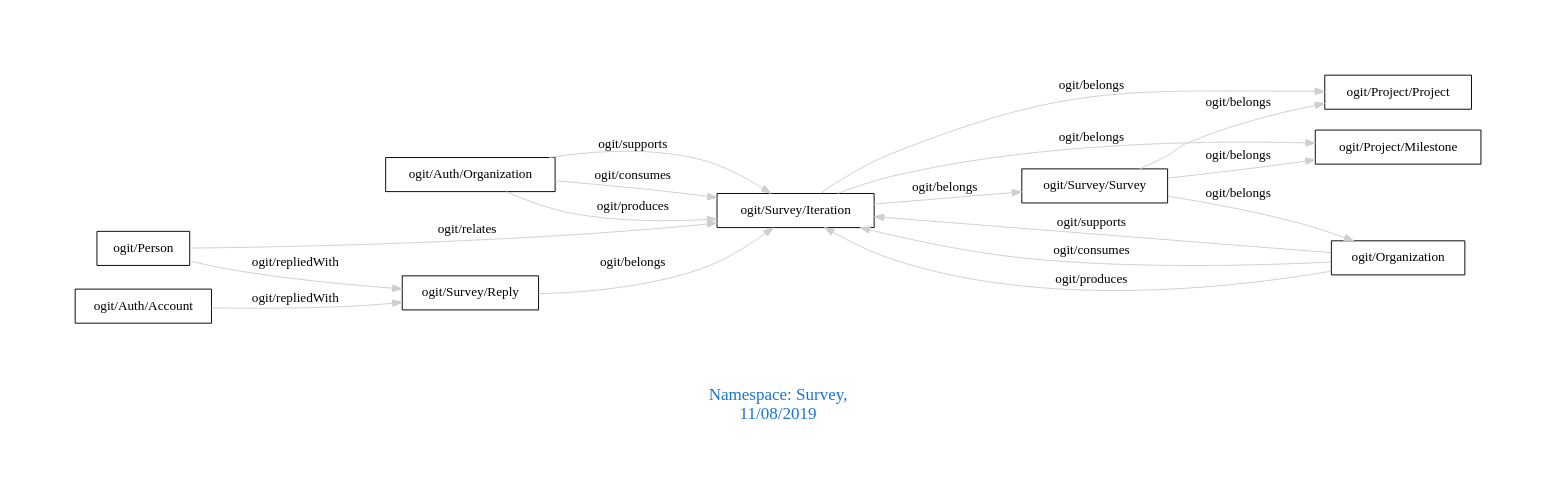
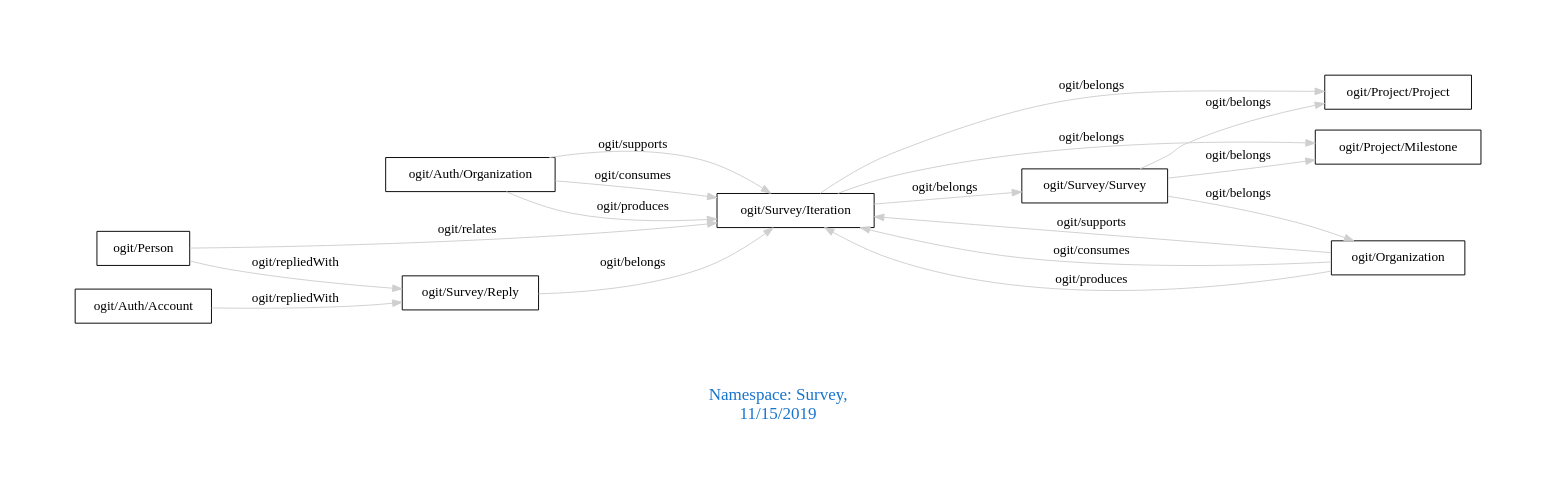
The diagram in downloads/Survey.dot (arago/OGIT), drawn with Graphviz before and after one commit. The commit also changed 1600 other files, not shown here.

```diff
--- a/downloads/Survey.dot
+++ b/downloads/Survey.dot
@@ -1,24 +1,24 @@
 digraph OGIT_ontology {
  graph [ rankdir= LR,pad=1 
 fontsize = 18,
-fontcolor= dodgerblue3,label = "\n\n\nNamespace: Survey, \n 11/08/2019"];
+fontcolor= dodgerblue3,label = "\n\n\nNamespace: Survey, \n 11/15/2019"];
 node[shape=polygon];
 edge [  color="gray81"];
 
    "ogit/Auth/Organization" -> "ogit/Survey/Iteration" [label="   ogit/supports    "];
    "ogit/Organization" -> "ogit/Survey/Iteration" [label="   ogit/supports    "];
    "ogit/Auth/Organization" -> "ogit/Survey/Iteration" [label="   ogit/consumes    "];
    "ogit/Organization" -> "ogit/Survey/Iteration" [label="   ogit/consumes    "];
    "ogit/Auth/Organization" -> "ogit/Survey/Iteration" [label="   ogit/produces    "];
    "ogit/Organization" -> "ogit/Survey/Iteration" [label="   ogit/produces    "];
    "ogit/Survey/Iteration" -> "ogit/Project/Milestone" [label="   ogit/belongs    "];
    "ogit/Survey/Iteration" -> "ogit/Project/Project" [label="   ogit/belongs    "];
    "ogit/Survey/Iteration" -> "ogit/Survey/Survey" [label="   ogit/belongs    "];
    "ogit/Survey/Reply" -> "ogit/Survey/Iteration" [label="   ogit/belongs    "];
    "ogit/Survey/Survey" -> "ogit/Organization" [label="   ogit/belongs    "];
    "ogit/Survey/Survey" -> "ogit/Project/Milestone" [label="   ogit/belongs    "];
    "ogit/Survey/Survey" -> "ogit/Project/Project" [label="   ogit/belongs    "];
    "ogit/Auth/Account" -> "ogit/Survey/Reply" [label="   ogit/repliedWith    "];
    "ogit/Person" -> "ogit/Survey/Reply" [label="   ogit/repliedWith    "];
    "ogit/Person" -> "ogit/Survey/Iteration" [label="   ogit/relates    "];
 }
```
